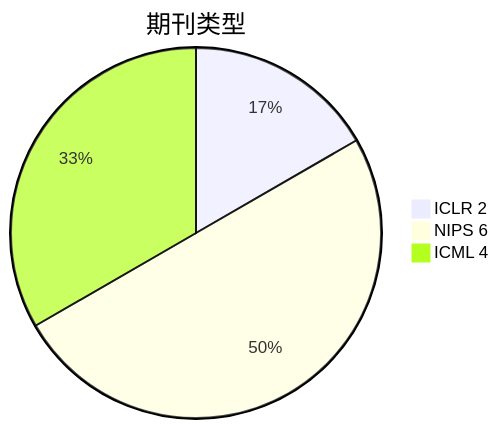
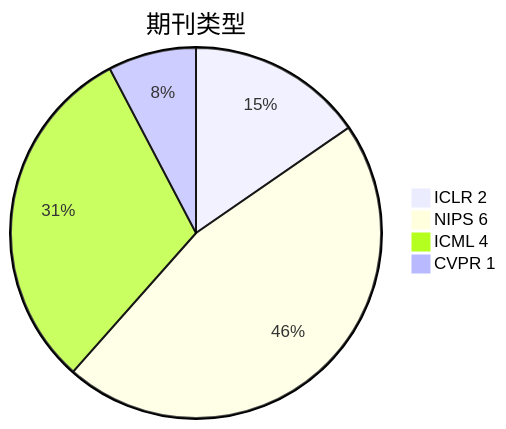
One commit to Elephant-King9/Paper changed the second of 5 diagrams in Base_Model/GAN+VAE+Diffusion/analyse.md. Above: the diagram before and after it, drawn with Mermaid. The commit also changed other lines of this file and 6 other files, not shown here.

````diff
--- a/Base_Model/GAN+VAE+Diffusion/analyse.md
+++ b/Base_Model/GAN+VAE+Diffusion/analyse.md
@@ -43,6 +46,7 @@
 ```mermaid
 pie title 期刊类型
     "ICLR 2" : 2
     "NIPS 6" : 6
     "ICML 4" : 4
+    "CVPR 1" : 1
 ```
````
